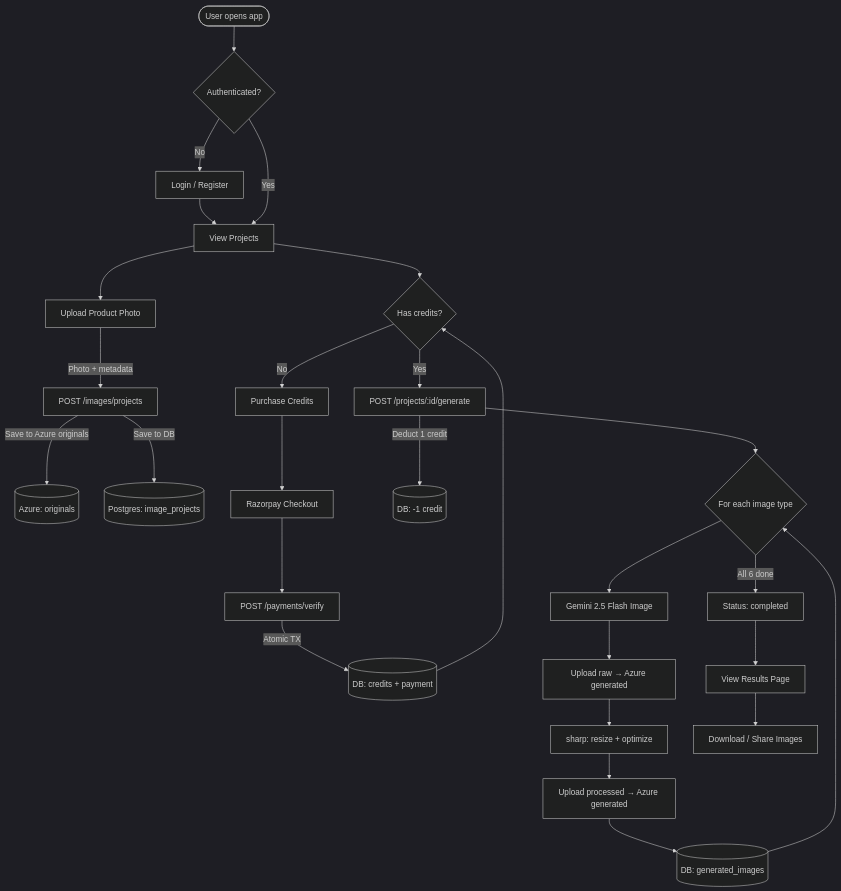
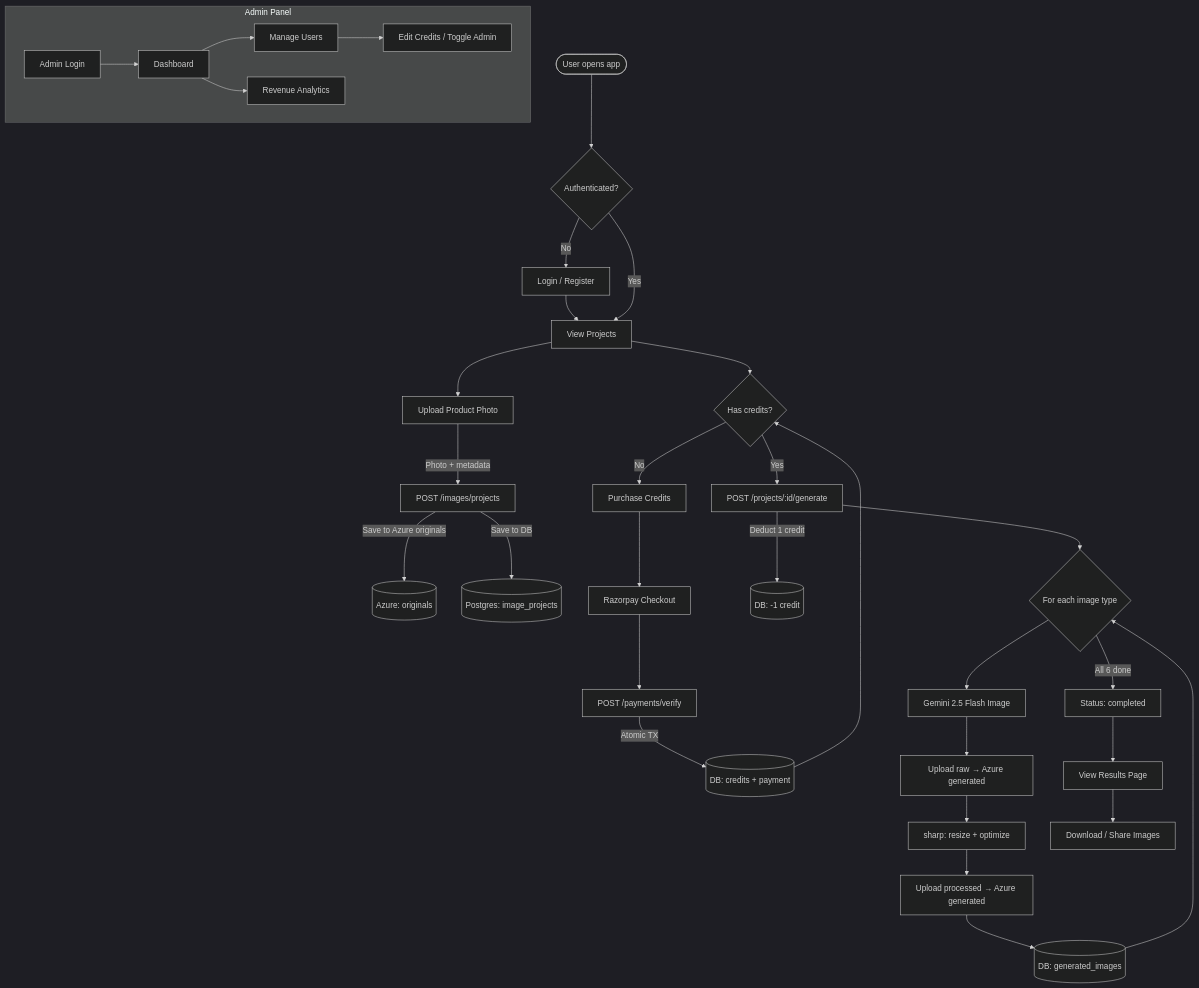
Before and after one commit to learnwithsatyam/listic: diagram 12 of 12 in docs/ARCHITECTURE.md, drawn with Mermaid (dark theme). The commit also changed other lines of this file, not shown here.

First line of the commit message:
docs: update architecture with admin panel, infrastructure, and recent changes

````diff
--- a/docs/ARCHITECTURE.md
+++ b/docs/ARCHITECTURE.md
@@ -730,34 +886,41 @@
 ```mermaid
 flowchart TD
     Start([User opens app]) --> Auth{Authenticated?}
     Auth -->|No| Login[Login / Register]
     Login --> Home
     Auth -->|Yes| Home[View Projects]
     
     Home --> Upload[Upload Product Photo]
     Upload -->|Photo + metadata| CreateProject[POST /images/projects]
     CreateProject -->|Save to Azure originals| SaveOriginal[(Azure: originals)]
     CreateProject -->|Save to DB| DB1[(Postgres: image_projects)]
     
     Home --> CheckCredits{Has credits?}
     CheckCredits -->|No| Purchase[Purchase Credits]
     Purchase --> Razorpay[Razorpay Checkout]
     Razorpay --> Verify[POST /payments/verify]
     Verify -->|Atomic TX| AddCredits[(DB: credits + payment)]
     AddCredits --> CheckCredits
     
     CheckCredits -->|Yes| Generate[POST /projects/:id/generate]
     Generate -->|Deduct 1 credit| DeductCredit[(DB: -1 credit)]
     
     Generate --> Loop{For each image type}
     Loop --> Gemini[Gemini 2.5 Flash Image]
     Gemini --> RawUpload[Upload raw → Azure generated]
     RawUpload --> Sharp[sharp: resize + optimize]
     Sharp --> FinalUpload[Upload processed → Azure generated]
     FinalUpload --> SaveGen[(DB: generated_images)]
     SaveGen --> Loop
     
     Loop -->|All 6 done| Complete[Status: completed]
     Complete --> Results[View Results Page]
     Results --> Download[Download / Share Images]
+
+    subgraph AdminFlow["Admin Panel"]
+        AdminLogin[Admin Login] --> AdminDash[Dashboard]
+        AdminDash --> ManageUsers[Manage Users]
+        AdminDash --> ViewRevenue[Revenue Analytics]
+        ManageUsers --> EditCredits[Edit Credits / Toggle Admin]
+    end
 ```
````
